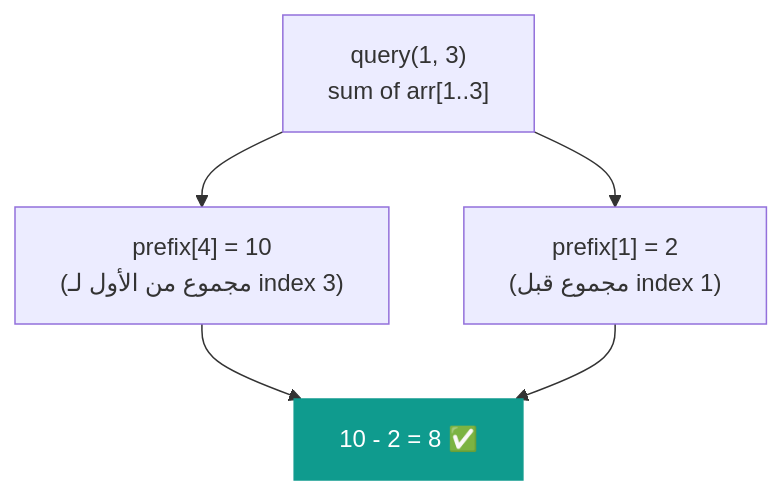
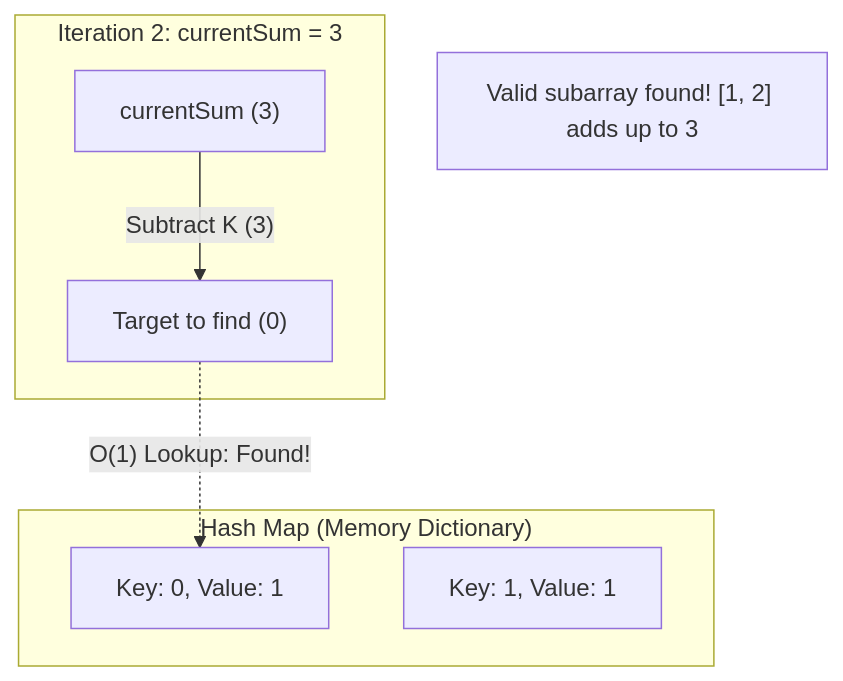
One commit to muhammad-khaled-tech/My-Study-Notes changed the second of 2 diagrams in problem solving/prefix_sum_tutorial.md. Above: the diagram before and after it, drawn with Mermaid. The commit also changed other lines of this file and 3 other files, not shown here.

````diff
--- a/problem solving/prefix_sum_tutorial.md
+++ b/problem solving/prefix_sum_tutorial.md
@@ -494,14 +285,14 @@
 ```mermaid
 graph TD
-    Q["query(1, 3)\nsum of arr[1..3]"]
-    P4["prefix[4] = 10\n(مجموع من الأول لـ index 3)"]
-    P1["prefix[1] = 2\n(مجموع قبل index 1)"]
-    R["10 - 2 = 8 ✅"]
-
-    Q --> P4
-    Q --> P1
-    P4 --> R
-    P1 --> R
-
-    style R fill:#0f9b8e,color:#fff,stroke:#0f9b8e
+    subgraph "Iteration 2: currentSum = 3"
+        A["currentSum (3)"] -->|"Subtract K (3)"| B["Target to find (0)"]
+    end
+    
+    subgraph "Hash Map (Memory Dictionary)"
+        C["Key: 0, Value: 1"]
+        D["Key: 1, Value: 1"]
+    end
+    
+    B -.->|"O(1) Lookup: Found!"| C
+    Note["Valid subarray found! [1, 2] adds up to 3"]
 ```
````
